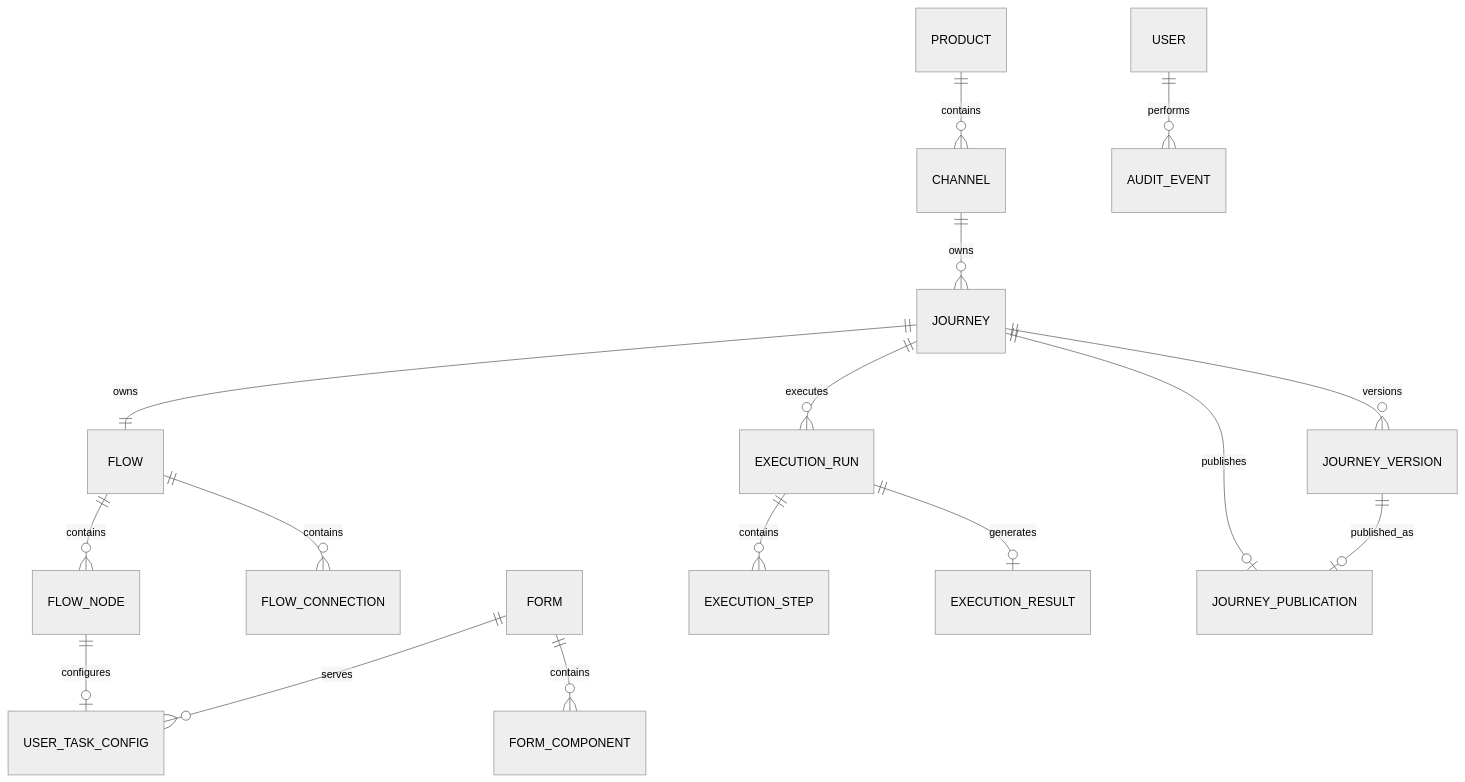
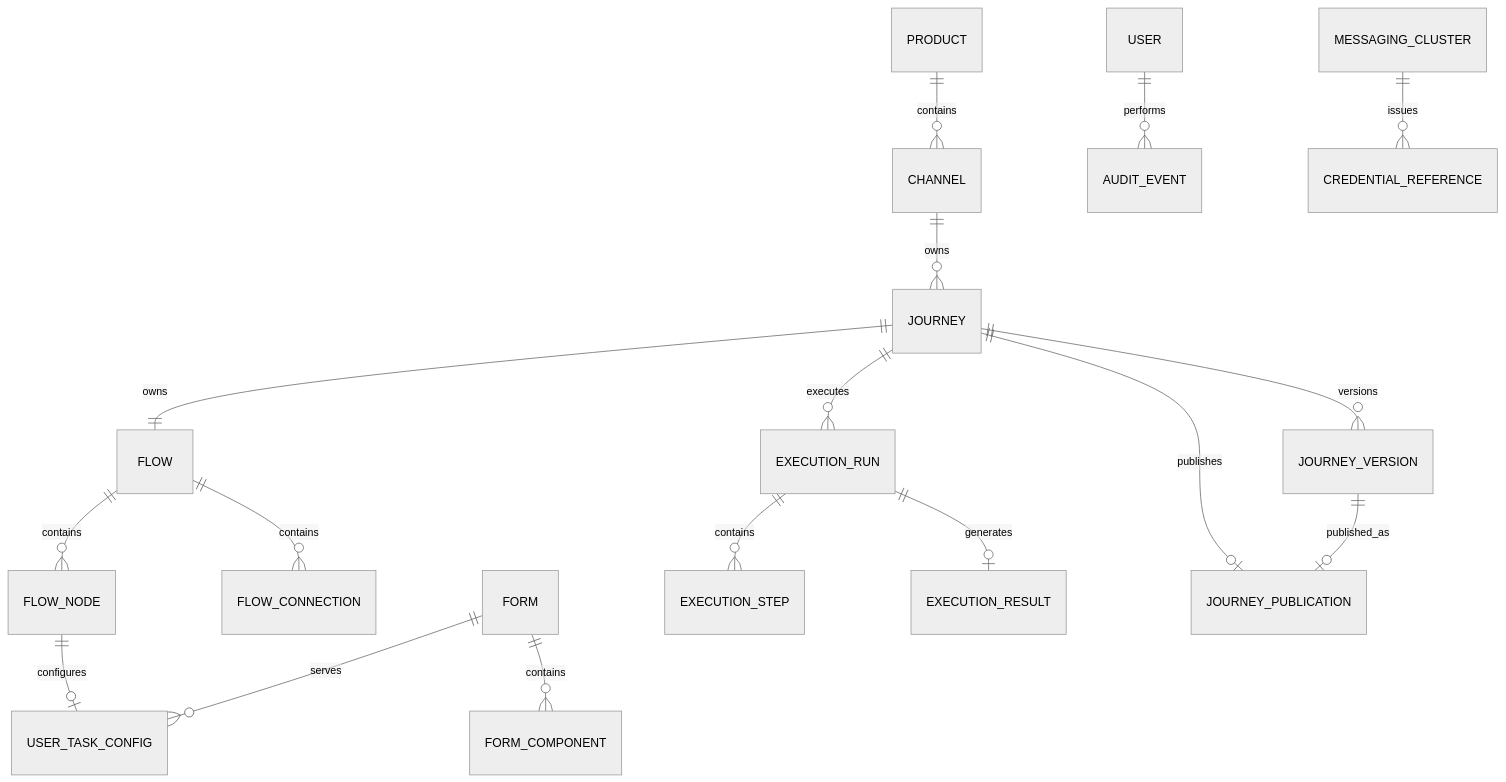
The diagram in requisitos/admin/ej-admin-modelo-dados-fisico.md (hermesnet-git/journey-admin), drawn with Mermaid (neutral theme) before and after one commit. The commit also changed other lines of this file and 82 other files, not shown here.

````diff
--- a/requisitos/admin/ej-admin-modelo-dados-fisico.md
+++ b/requisitos/admin/ej-admin-modelo-dados-fisico.md
@@ -549,22 +604,24 @@
 ```mermaid
 erDiagram
     PRODUCT ||--o{ CHANNEL : contains
     CHANNEL ||--o{ JOURNEY : owns
 
     JOURNEY ||--|| FLOW : owns
     FLOW ||--o{ FLOW_NODE : contains
     FLOW ||--o{ FLOW_CONNECTION : contains
 
     FLOW_NODE ||--o| USER_TASK_CONFIG : configures
     FORM ||--o{ USER_TASK_CONFIG : serves
     FORM ||--o{ FORM_COMPONENT : contains
 
     JOURNEY ||--o{ EXECUTION_RUN : executes
     EXECUTION_RUN ||--o{ EXECUTION_STEP : contains
     EXECUTION_RUN ||--o| EXECUTION_RESULT : generates
 
     JOURNEY ||--o| JOURNEY_PUBLICATION : publishes
     JOURNEY ||--o{ JOURNEY_VERSION : versions
     JOURNEY_VERSION ||--o| JOURNEY_PUBLICATION : published_as
     USER ||--o{ AUDIT_EVENT : performs
+
+    MESSAGING_CLUSTER ||--o{ CREDENTIAL_REFERENCE : issues
 ```
````
